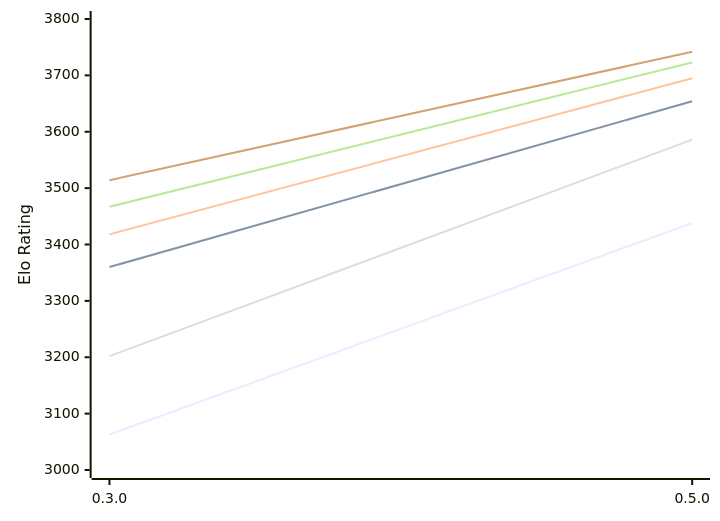
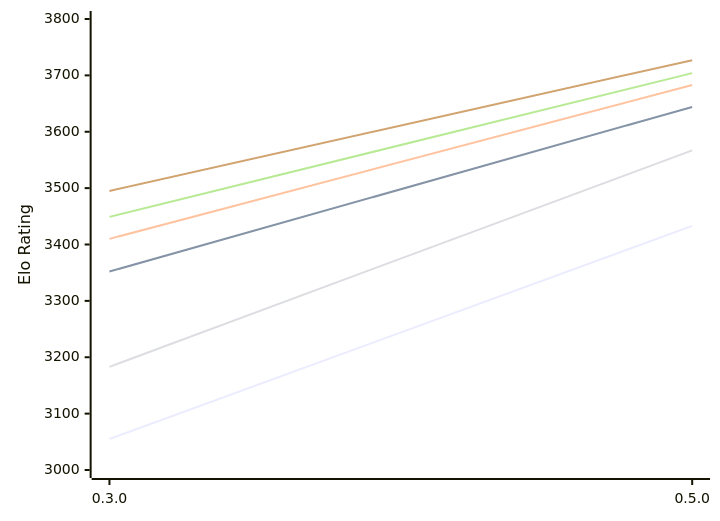
The first of 2 diagrams in engines/Justbot.md (computer-chess-index/cci), drawn with Mermaid before and after one commit. The commit also changed other lines of this file, not shown here.

Commit message:
Update CCI Ratings (ELO VLTC) - 2026-11-02

````diff
--- a/engines/Justbot.md
+++ b/engines/Justbot.md
@@ -53,12 +53,12 @@
 ```mermaid
 %%{init: {"theme":"base","themeVariables":{"seriesColors:['#a3a3a3','#222221','#faa371']}}}%%
 xychart-beta
   x-axis ["0.3.0", "0.5.0"]
   y-axis "Elo Rating" 3000 --> 3800
-  line "E1: STC (8.0+0.08s)" [3063, 3438]
-  line "E1: LTC (60.0+0.60s)" [3360, 3654]
-  line "E1: VLTC (2m24s+1.12s)" [3418, 3695]
-  line "P1: STC (8.0+0.08s)" [3202, 3586]
-  line "P1: LTC (60.0+0.60s)" [3467, 3723]
-  line "P1: VLTC (2m24s+1.12s)" [3514, 3742]
+  line "E1: STC (8.0+0.08s)" [3055, 3433]
+  line "E1: LTC (60.0+0.60s)" [3352, 3644]
+  line "E1: VLTC (2m24s+1.12s)" [3410, 3683]
+  line "P1: STC (8.0+0.08s)" [3183, 3567]
+  line "P1: LTC (60.0+0.60s)" [3449, 3704]
+  line "P1: VLTC (2m24s+1.12s)" [3495, 3727]
 ```
````
